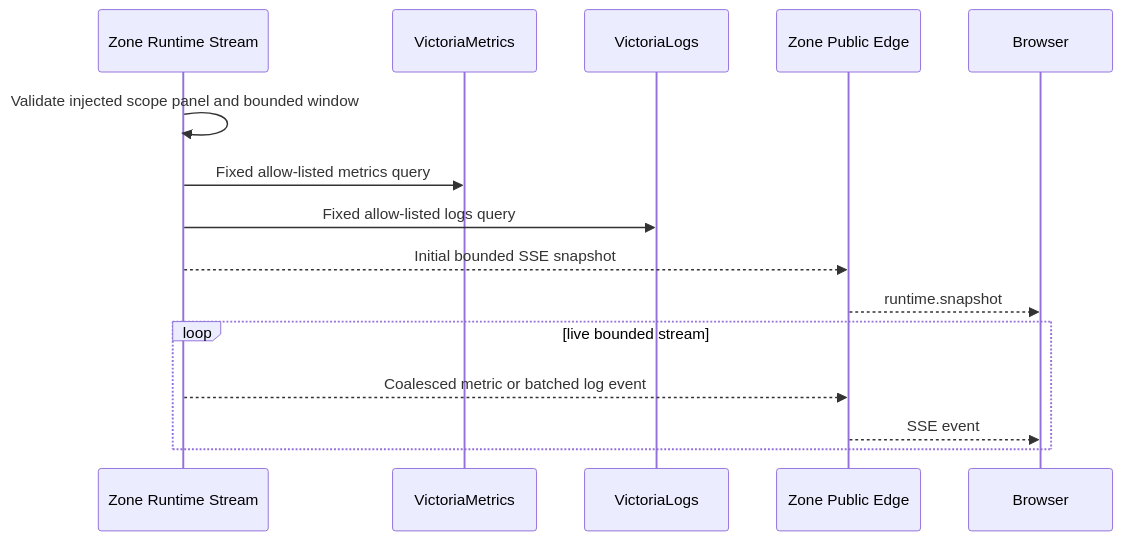
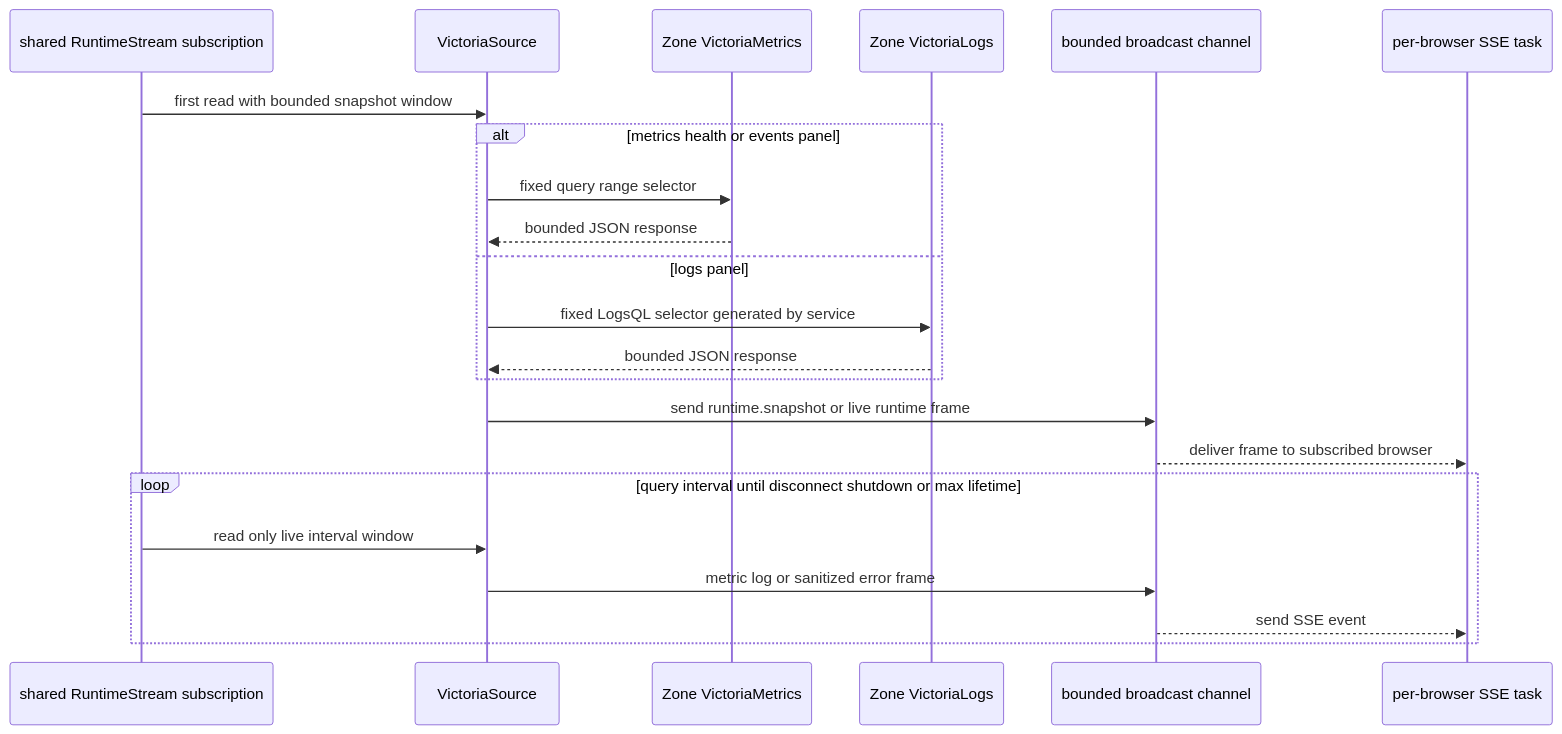
One commit to phucle996/aurora changed the third of 4 diagrams in god_view/zone_runtime/zone_runtime_stream_read_god_view_workflow.md. Above: the diagram before and after it, drawn with Mermaid. The commit also changed other lines of this file and 68 other files, not shown here.

Commit message:
refactor zone storage transfer and update architecture docs

````diff
--- a/god_view/zone_runtime/zone_runtime_stream_read_god_view_workflow.md
+++ b/god_view/zone_runtime/zone_runtime_stream_read_god_view_workflow.md
@@ -46,18 +200,25 @@
 ```mermaid
 sequenceDiagram
-    participant RS as Zone Runtime Stream
-    participant VM as VictoriaMetrics
-    participant VL as VictoriaLogs
-    participant PE as Zone Public Edge
-    participant B as Browser
+    participant SUB as shared RuntimeStream subscription
+    participant VS as VictoriaSource
+    participant VM as Zone VictoriaMetrics
+    participant VL as Zone VictoriaLogs
+    participant BC as bounded broadcast channel
+    participant SSE as per-browser SSE task
 
-    RS->>RS: Validate injected scope panel and bounded window
-    RS->>VM: Fixed allow-listed metrics query
-    RS->>VL: Fixed allow-listed logs query
-    RS-->>PE: Initial bounded SSE snapshot
-    PE-->>B: runtime.snapshot
-    loop live bounded stream
-        RS-->>PE: Coalesced metric or batched log event
-        PE-->>B: SSE event
+    SUB->>VS: first read with bounded snapshot window
+    alt metrics health or events panel
+        VS->>VM: fixed query range selector
+        VM-->>VS: bounded JSON response
+    else logs panel
+        VS->>VL: fixed LogsQL selector generated by service
+        VL-->>VS: bounded JSON response
+    end
+    VS->>BC: send runtime.snapshot or live runtime frame
+    BC-->>SSE: deliver frame to subscribed browser
+    loop query interval until disconnect shutdown or max lifetime
+        SUB->>VS: read only live interval window
+        VS->>BC: metric log or sanitized error frame
+        BC-->>SSE: send SSE event
     end
 ```
````
